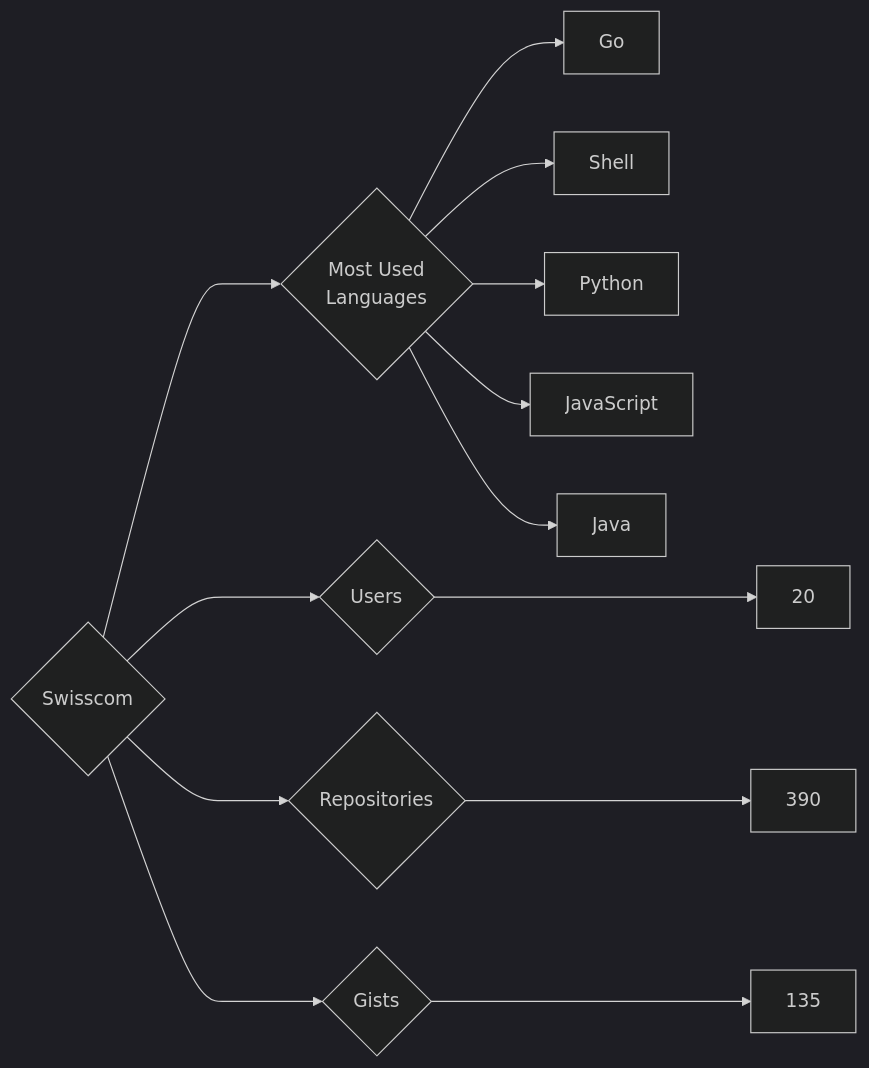
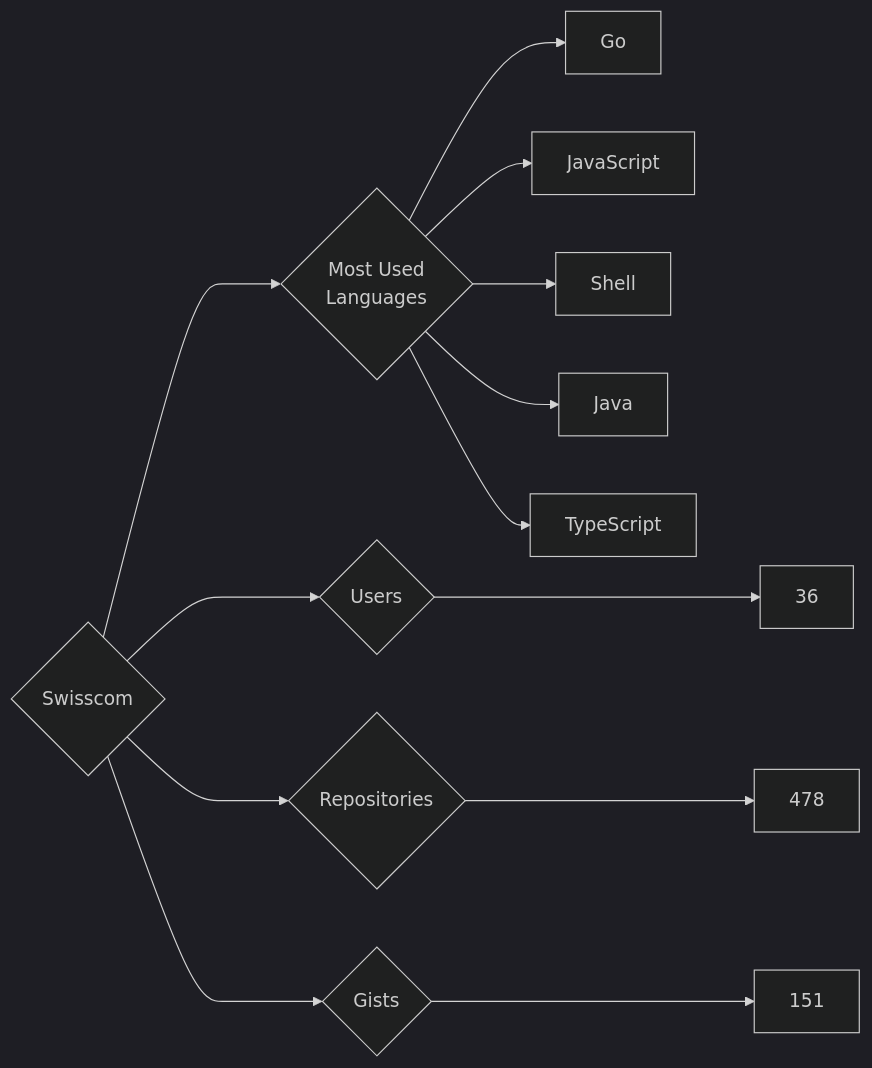
Before and after one commit to trickest/insiders: the diagram in targets/Swisscom/README.md, drawn with Mermaid (dark theme). The commit also changed 912 other files, not shown here.

````diff
--- a/targets/Swisscom/README.md
+++ b/targets/Swisscom/README.md
@@ -3,13 +3,13 @@
 ```mermaid
 graph LR
 COMPANY_NAME{Swisscom}
-COMPANY_NAME ---> U{Users} ---> UN[20]
-COMPANY_NAME ---> R{Repositories} ---> RN[390]
-COMPANY_NAME ---> G{Gists} ---> GN[135]
+COMPANY_NAME ---> U{Users} ---> UN[36]
+COMPANY_NAME ---> R{Repositories} ---> RN[478]
+COMPANY_NAME ---> G{Gists} ---> GN[151]
 COMPANY_NAME ---> ML{Most Used<br>Languages}
 ML --> Go[Go]
+ML --> JavaScript[JavaScript]
 ML --> Shell[Shell]
-ML --> Python[Python]
-ML --> JavaScript[JavaScript]
 ML --> Java[Java]
+ML --> TypeScript[TypeScript]
 ```
````
